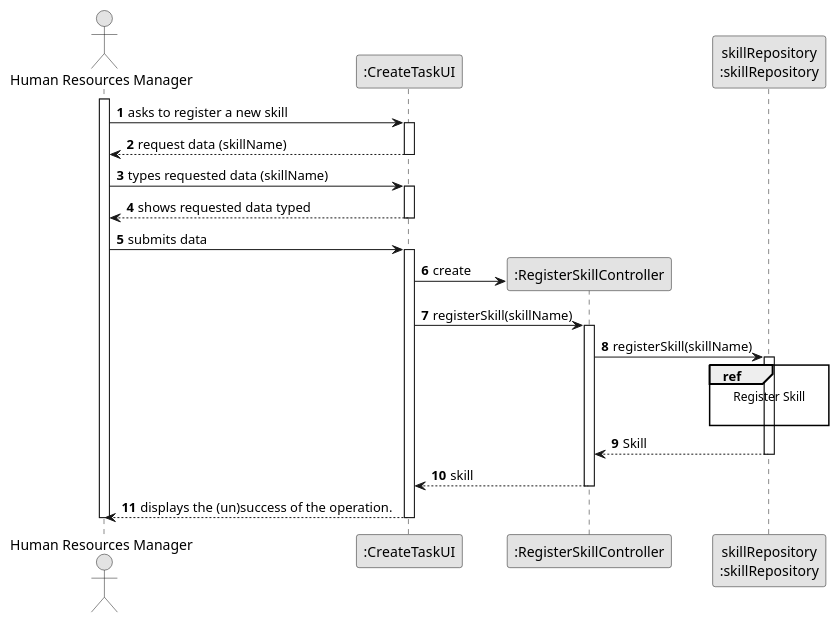
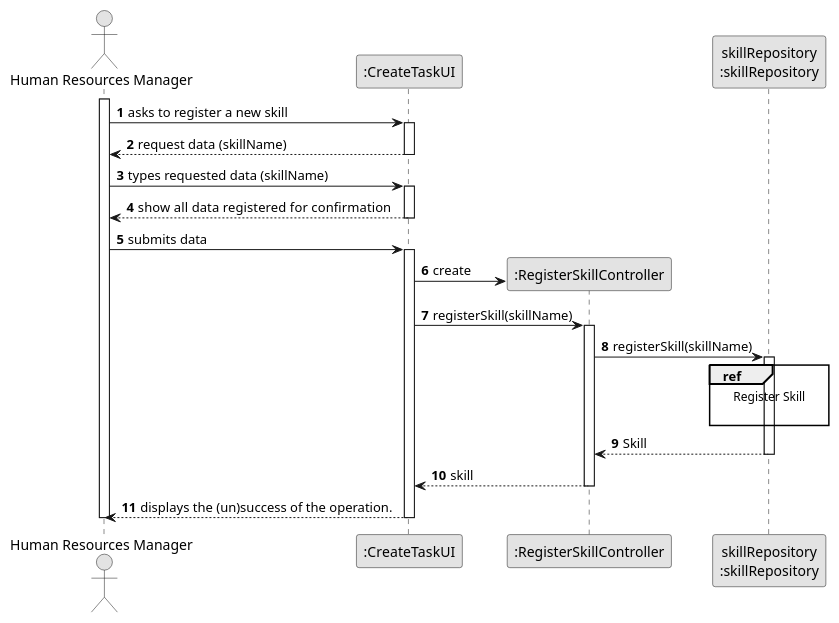
One commit to SAEmanuel/Green_Spaces_Management_ISEP changed the diagram in docs/sprintB/us001/03.design/puml/us001-sequence-diagram-split.puml. Above: the diagram before and after it, drawn with PlantUML. The commit also changed 5 other files, not shown here.

```diff
--- a/docs/sprintB/us001/03.design/puml/us001-sequence-diagram-split.puml
+++ b/docs/sprintB/us001/03.design/puml/us001-sequence-diagram-split.puml
@@ -1,64 +1,64 @@
 @startuml
 skinparam monochrome true
 skinparam packageStyle rectangle
 skinparam shadowing false
 
 autonumber
 
 'hide footbox
 actor "Human Resources Manager" as ADM
 participant ":CreateTaskUI" as UI
 participant ":RegisterSkillController" as CTRL
 participant "skillRepository\n:skillRepository" as skillRepository
 
 activate ADM
 
     ADM -> UI : asks to register a new skill
 
     activate UI
 
 
 
         UI --> ADM : request data (skillName)
 
     deactivate UI
 
 
     deactivate UI
 
     ADM -> UI : types requested data (skillName)
     activate UI
 
-        UI --> ADM : shows requested data typed
+        UI --> ADM : show all data registered  for confirmation
     deactivate UI
 
     ADM -> UI : submits data
     activate UI
 
         UI -> CTRL** : create
         UI -> CTRL : registerSkill(skillName)
         activate CTRL
 
 
 
             CTRL -> skillRepository: registerSkill(skillName)
 
 
             activate skillRepository
 
                 ref over skillRepository
                     Register Skill
 
                 end
 
                 skillRepository --> CTRL : Skill
             deactivate skillRepository
 
             CTRL --> UI: skill
             deactivate CTRL
             UI --> ADM: displays the (un)success of the operation.
     deactivate UI
 
 deactivate ADM
 
 @enduml
```
